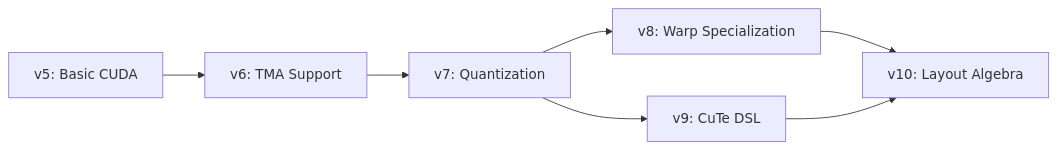
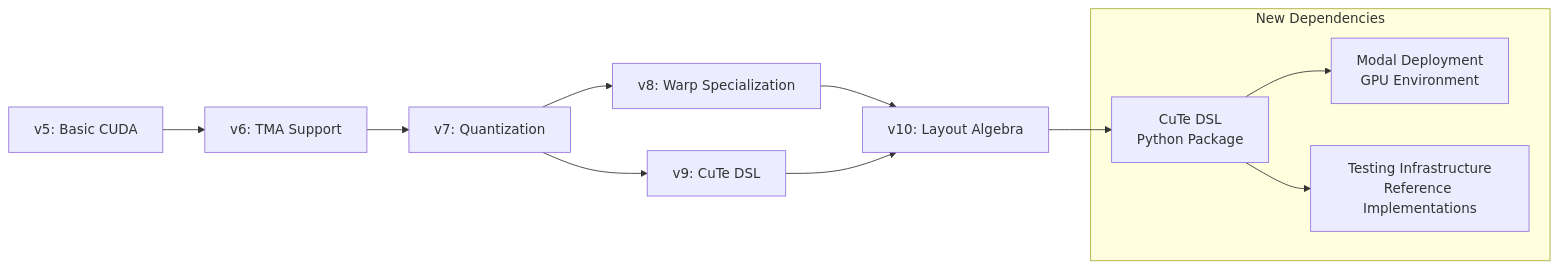
The seventh of 7 diagrams in .qoder/repowiki/en/content/Core Kernels/Core Kernels.md (gugudeshubao/flashinfer-bench-tma-thrust), drawn with Mermaid before and after one commit. The commit also changed other lines of this file and 9 other files, not shown here.

````diff
--- a/.qoder/repowiki/en/content/Core Kernels/Core Kernels.md
+++ b/.qoder/repowiki/en/content/Core Kernels/Core Kernels.md
@@ -615,9 +766,17 @@
 ```mermaid
 graph LR
 V5["v5: Basic CUDA"] --> V6["v6: TMA Support"]
 V6 --> V7["v7: Quantization"]
 V7 --> V8["v8: Warp Specialization"]
 V7 --> V9["v9: CuTe DSL"]
 V8 --> V10["v10: Layout Algebra"]
 V9 --> V10
+subgraph "New Dependencies"
+CuTe_DSL["CuTe DSL<br/>Python Package"]
+Modal_Deploy["Modal Deployment<br/>GPU Environment"]
+Test_Infra["Testing Infrastructure<br/>Reference Implementations"]
+end
+V10 --> CuTe_DSL
+CuTe_DSL --> Modal_Deploy
+CuTe_DSL --> Test_Infra
 ```
````
